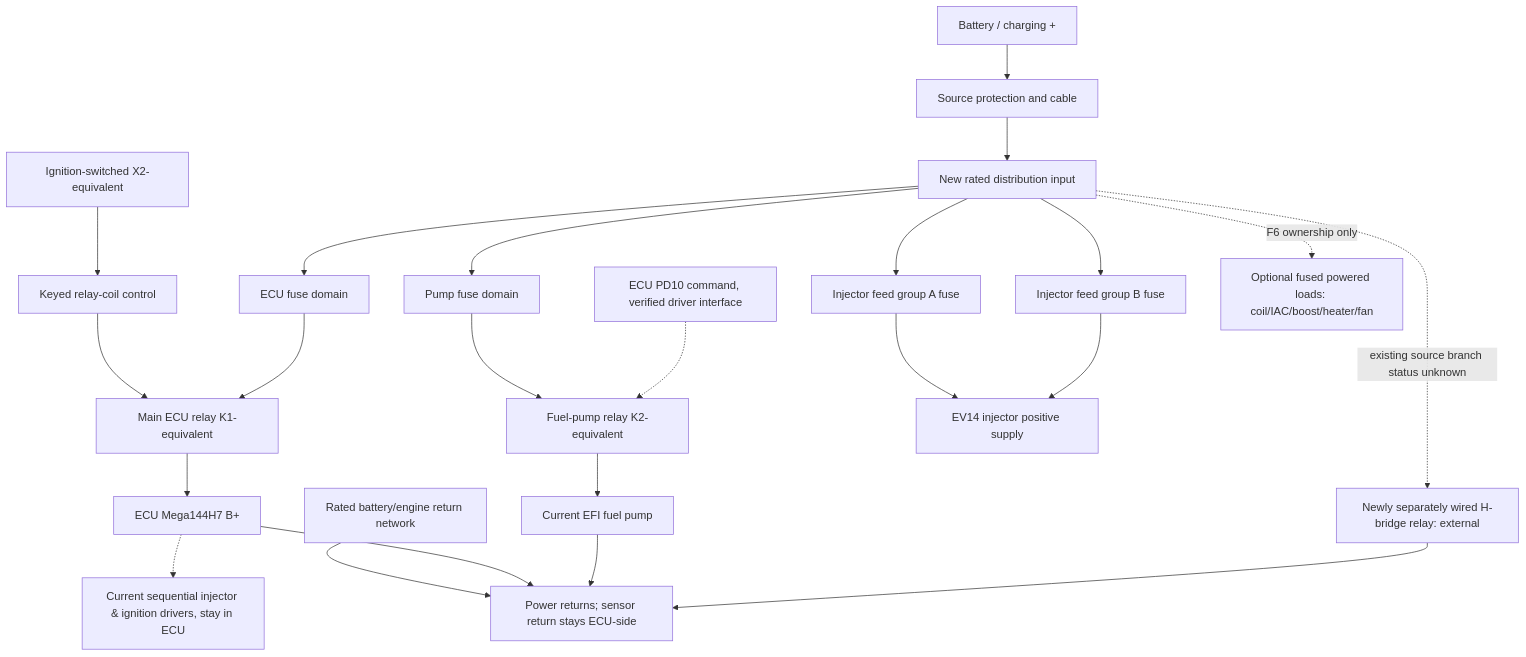
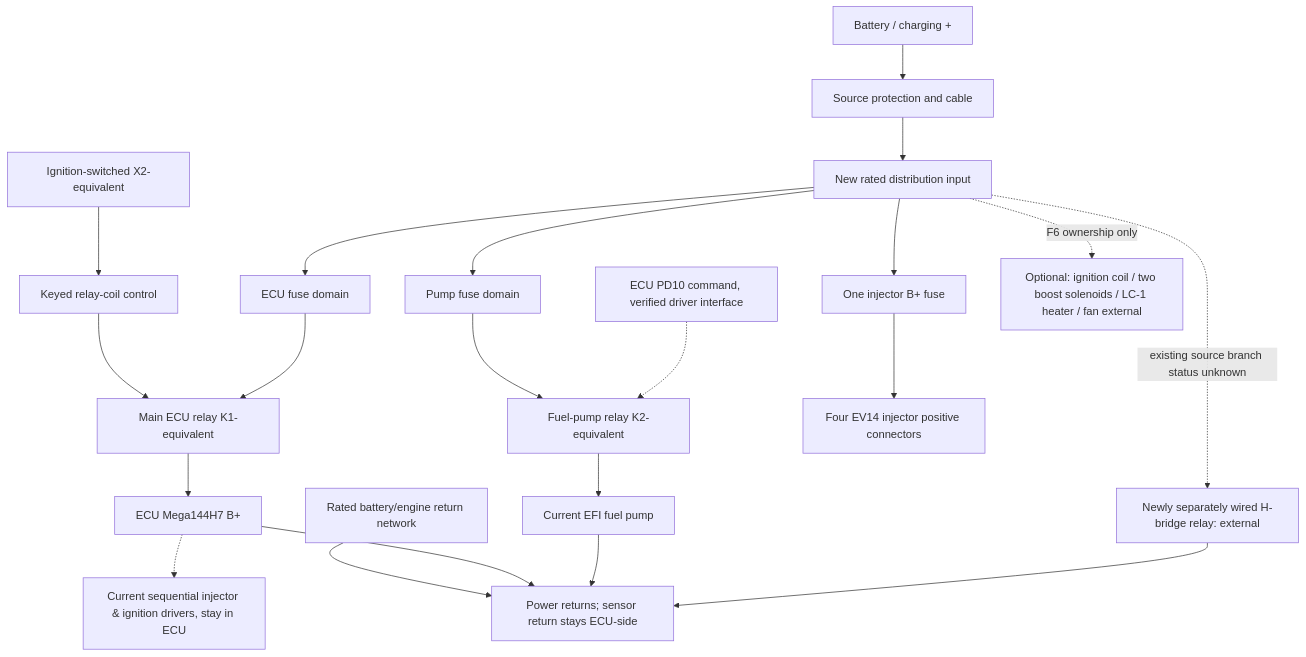
Before and after one commit to PJawZK/Relay-and-Fuse-box: the diagram in docs/REPLACEMENT_FUNCTIONAL_ARCHITECTURE_V0.md, drawn with Mermaid. The commit also changed other lines of this file and 11 other files, not shown here.

First line of the commit message:
Plan current and future electrical power feeds; consolidate injector fuse and omit idle relay (#24)

````diff
--- a/docs/REPLACEMENT_FUNCTIONAL_ARCHITECTURE_V0.md
+++ b/docs/REPLACEMENT_FUNCTIONAL_ARCHITECTURE_V0.md
@@ -13,28 +13,26 @@
 ```mermaid
 flowchart TD
     BAT[Battery / charging +] --> UP[Source protection and cable]
     UP --> DIST[New rated distribution input]
     IGN[Ignition-switched X2-equivalent] --> CTRL[Keyed relay-coil control]
     DIST --> ECUF[ECU fuse domain]
     CTRL --> K1[Main ECU relay K1-equivalent]
     ECUF --> K1
     K1 --> ECUB[ECU Mega144H7 B+]
 
     DIST --> PF[Pump fuse domain]
     PF --> K2[Fuel-pump relay K2-equivalent]
     PD10[ECU PD10 command, verified driver interface] -.-> K2
     K2 --> PUMP[Current EFI fuel pump]
 
-    DIST --> IF1[Injector feed group A fuse]
-    DIST --> IF2[Injector feed group B fuse]
-    IF1 --> INJ[EV14 injector positive supply]
-    IF2 --> INJ
+    DIST --> IF1[One injector B+ fuse]
+    IF1 --> INJ[Four EV14 injector positive connectors]
     ECUB -.-> DRV[Current sequential injector & ignition drivers, stay in ECU]
 
-    DIST -. F6 ownership only .-> OPT[Optional fused powered loads: coil/IAC/boost/heater/fan]
+    DIST -. F6 ownership only .-> OPT[Optional: ignition coil / two boost solenoids / LC-1 heater / fan external]
     DIST -. existing source branch status unknown .-> HBE[Newly separately wired H-bridge relay: external]
     GRD[Rated battery/engine return network] --> RET[Power returns; sensor return stays ECU-side]
     ECUB --> RET
     PUMP --> RET
     HBE --> RET
 ```
````
